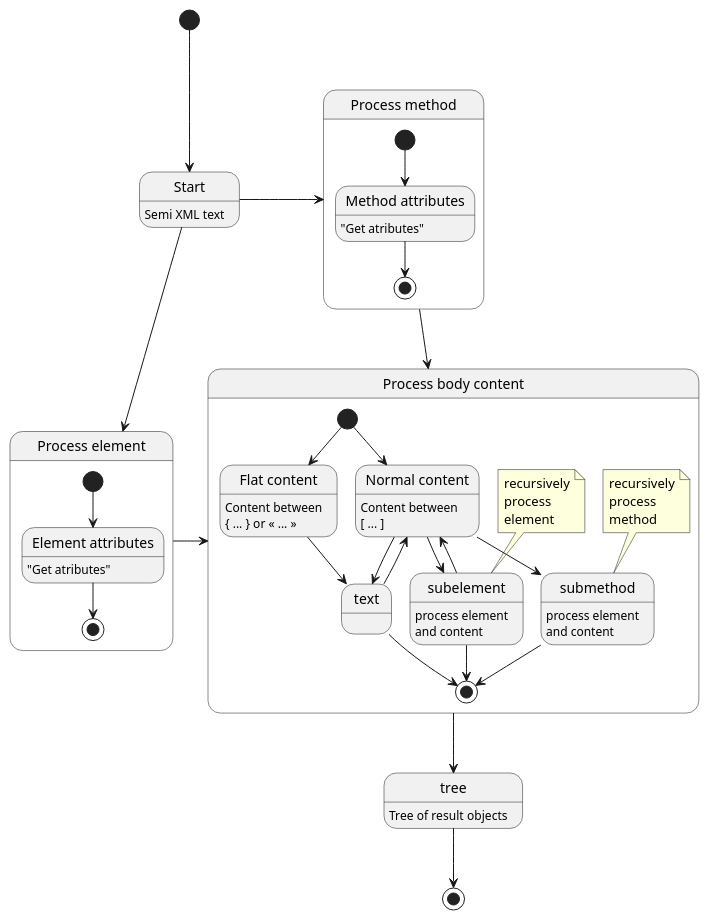
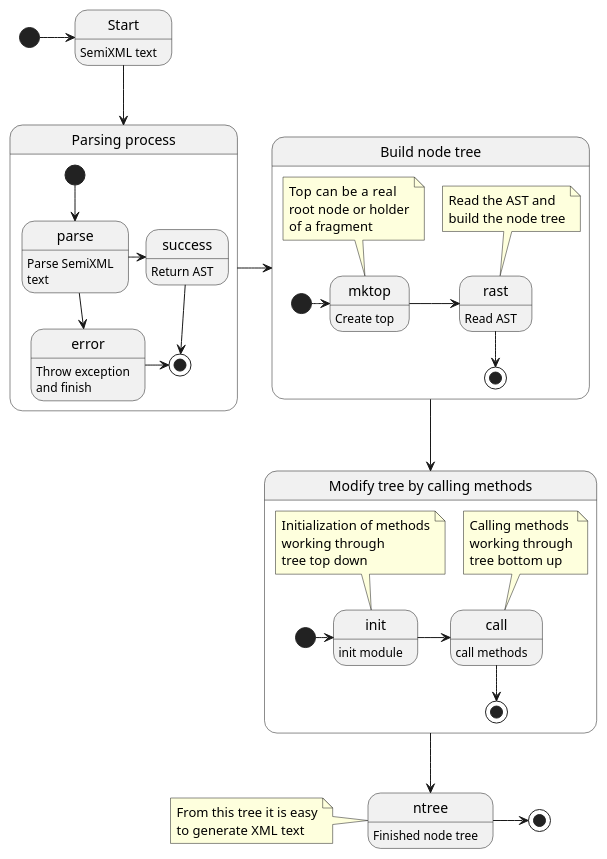
One commit to MARTIMM/Semi-xml changed the first of 2 diagrams in doc/TODO.md. Above: the diagram before and after it, drawn with PlantUML. The commit also changed other lines of this file, not shown here.

Commit message:
change text and diagrams

````diff
--- a/doc/TODO.md
+++ b/doc/TODO.md
@@ -24,54 +26,47 @@
 ```plantuml
 
-Start: Semi XML text
 
-[*] --> Start
-Start --> element
-Start -> method
+Start: SemiXML text
 
+[*] -> Start
+Start --> parsing
 
-state "Process element" as element {
-  state "Element attributes" as eattr
-  [*] --> eattr
-  eattr:  "Get atributes"
-  eattr --> [*]
+state "Parsing process" as parsing {
+  [*] --> parse
+  parse: Parse SemiXML\ntext
+  parse --> error
+  parse -> success
+  error: Throw exception\nand finish
+  error -> [*]
+  success: Return AST
+  success --> [*]
 }
 
-state "Process method" as method {
-  state "Method attributes" as mattr
-  [*] --> mattr
-  mattr:  "Get atributes"
-  mattr --> [*]
+parsing -> tree
+state "Build node tree" as tree {
+  [*] -> mktop
+  mktop: Create top
+  note top of mktop : Top  can be a real\nroot node or holder\nof a fragment
+  rast: Read AST
+  mktop -> rast
+  note top of rast : Read the AST and\nbuild the node tree
+  rast --> [*]
 }
 
-element -> content
-method --> content
-state "Process body content" as content {
-  state "Normal content" as normal
-  normal: Content between\n[ ... ]
-  [*] --> normal
-  normal --> text
-  text --> normal
-  normal --> subelement
-  subelement: process element\nand content
-  subelement --> normal
-  note top of subelement : recursively\nprocess\nelement
-  subelement --> [*]
-
-  normal --> submethod
-  note top of submethod : recursively\nprocess\nmethod
-  submethod: process element\nand content
-  submethod --> [*]
-
-  state "Flat content" as flat
-  flat: Content between\n{ ... } or « ... »
-  [*] --> flat
-  flat --> text
-
-  text --> [*]
+tree --> meth
+state "Modify tree by calling methods" as meth {
+  [*] -> init
+  init: init module
+  note top of init : Initialization of methods\nworking through\ntree top down
+  init -> call
+  call: call methods
+  note top of call : Calling methods\nworking through\ntree bottom up
+  call --> [*]
 }
 
-tree: Tree of result objects
-content --> tree
-tree --> [*]
+meth --> ntree
+ntree: Finished node tree
+
+ntree -> [*]
+note left of ntree : From this tree it is easy\nto generate XML text
 ```
````
